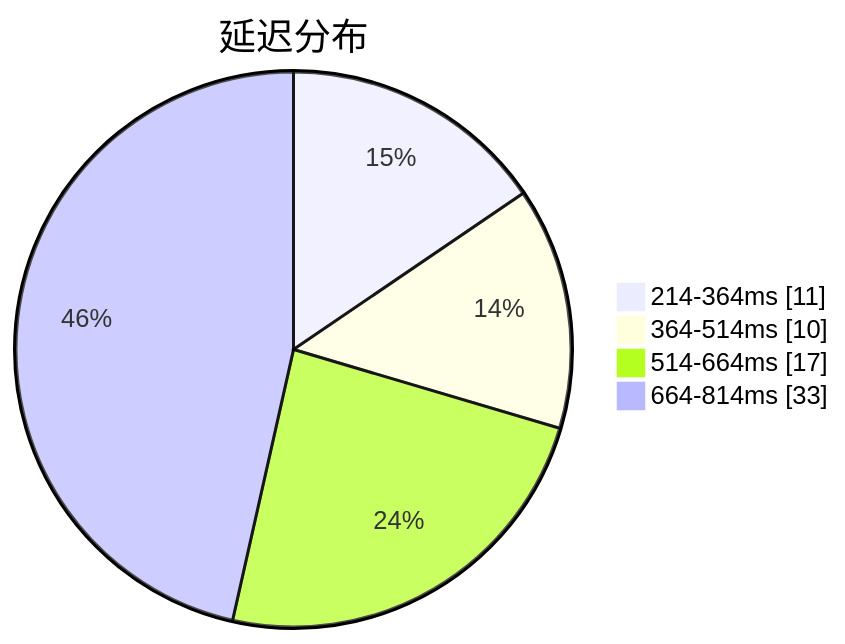
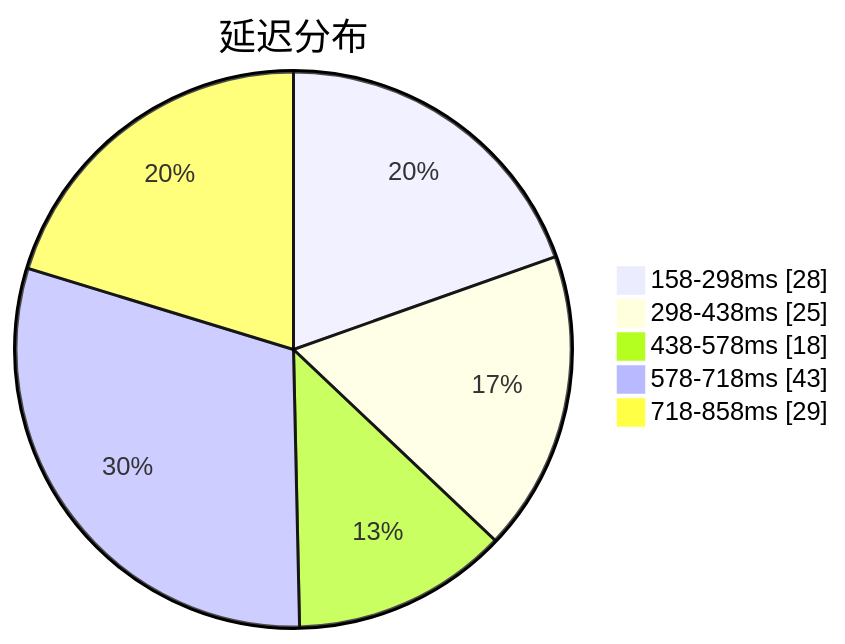
The first of 3 diagrams in subs/statistics/tested_within.md (qjlxg/airport), drawn with Mermaid before and after one commit. The commit also changed other lines of this file and 2 other files, not shown here.

````diff
--- a/subs/statistics/tested_within.md
+++ b/subs/statistics/tested_within.md
@@ -2,8 +2,9 @@
 ```mermaid
 pie showData
 title 延迟分布
-"214-364ms" : 11
-"364-514ms" : 10
-"514-664ms" : 17
-"664-814ms" : 33
+"158-298ms" : 28
+"298-438ms" : 25
+"438-578ms" : 18
+"578-718ms" : 43
+"718-858ms" : 29
 ```
````
